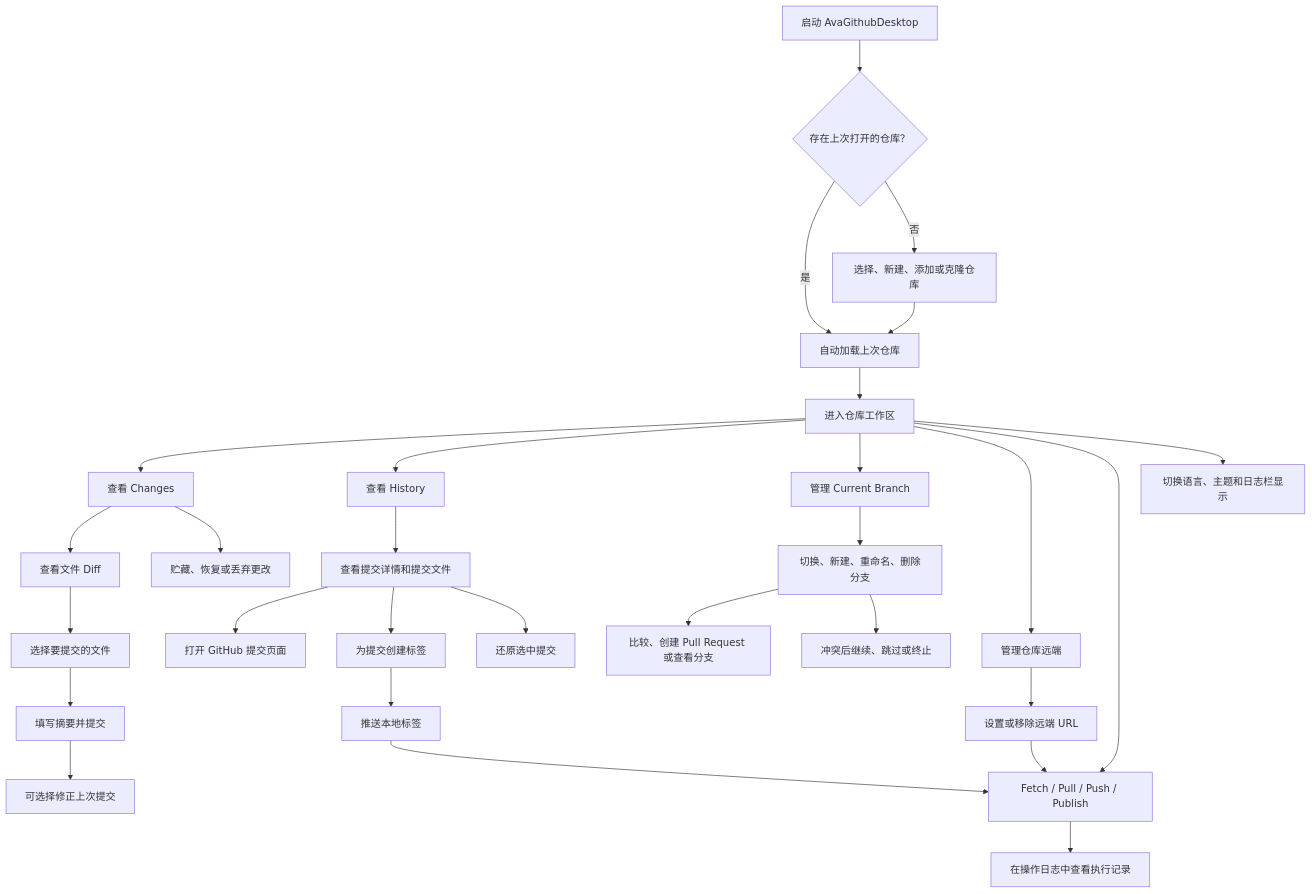
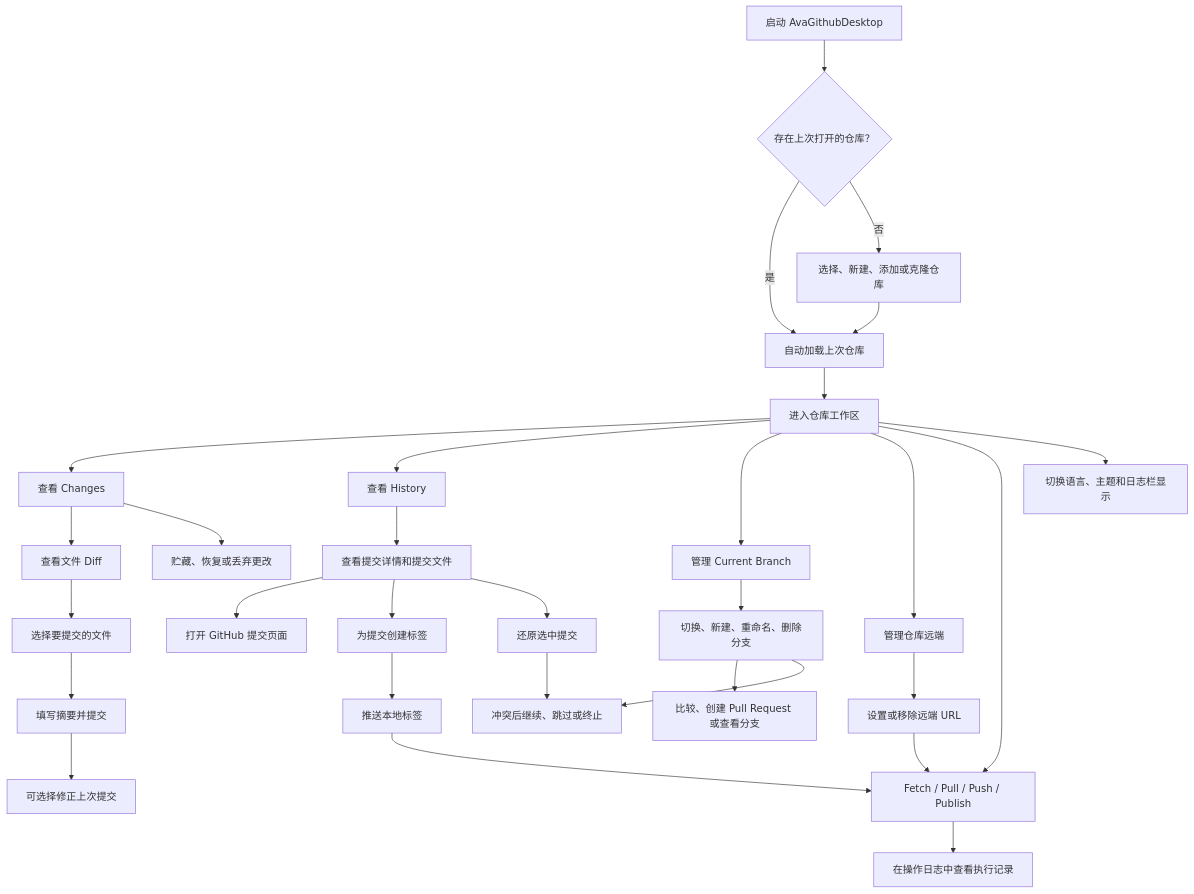
Before and after one commit to dotnet9/AvaGithubDesktop: the diagram in docs/AvaGithubDesktop需求文档.md, drawn with Mermaid. The commit also changed other lines of this file and 11 other files, not shown here.

````diff
--- a/docs/AvaGithubDesktop需求文档.md
+++ b/docs/AvaGithubDesktop需求文档.md
@@ -40,31 +41,32 @@
 ```mermaid
 flowchart TD
     Start["启动 AvaGithubDesktop"] --> Restore{"存在上次打开的仓库？"}
     Restore -->|是| LoadRepo["自动加载上次仓库"]
     Restore -->|否| PickRepo["选择、新建、添加或克隆仓库"]
     PickRepo --> LoadRepo
     LoadRepo --> Workspace["进入仓库工作区"]
     Workspace --> Changes["查看 Changes"]
     Workspace --> History["查看 History"]
     Workspace --> Branch["管理 Current Branch"]
     Workspace --> Remote["管理仓库远端"]
     Workspace --> Sync["Fetch / Pull / Push / Publish"]
     Changes --> ReviewDiff["查看文件 Diff"]
     ReviewDiff --> SelectFiles["选择要提交的文件"]
     SelectFiles --> Commit["填写摘要并提交"]
     Commit --> Amend["可选择修正上次提交"]
     Changes --> Stash["贮藏、恢复或丢弃更改"]
     History --> CommitDetail["查看提交详情和提交文件"]
     CommitDetail --> OpenCommit["打开 GitHub 提交页面"]
     CommitDetail --> CreateTag["为提交创建标签"]
     CommitDetail --> RevertCommit["还原选中提交"]
+    RevertCommit --> ConflictOps
     Branch --> BranchOps["切换、新建、重命名、删除分支"]
     BranchOps --> BranchGitHub["比较、创建 Pull Request 或查看分支"]
     BranchOps --> ConflictOps["冲突后继续、跳过或终止"]
     Remote --> RemoteOps["设置或移除远端 URL"]
     RemoteOps --> Sync
     CreateTag --> PushTags["推送本地标签"]
     PushTags --> Sync
     Sync --> OperationLog["在操作日志中查看执行记录"]
     Workspace --> Settings["切换语言、主题和日志栏显示"]
 ```
````
